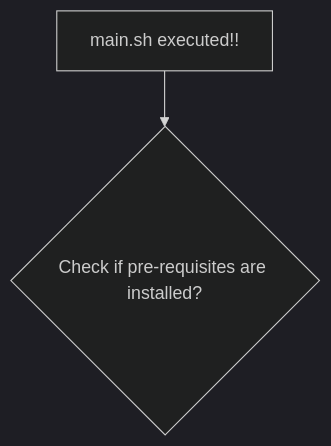
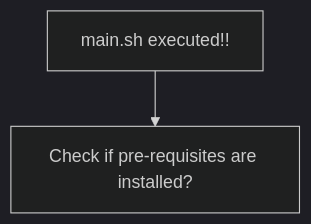
Before and after one commit to NashTech-Labs/Deploy-Keptn-using-K8s: the diagram in README.md, drawn with Mermaid (dark theme).

Commit message:
Updated Template

````diff
--- a/README.md
+++ b/README.md
@@ -38,4 +38,5 @@
 ```mermaid
 flowchart TD
-    A[main.sh executed!!] --> B{Check if pre-requisites are installed?};
+    A[main.sh executed!!];
+    A --> B[Check if pre-requisites are installed?];
 ```
````
